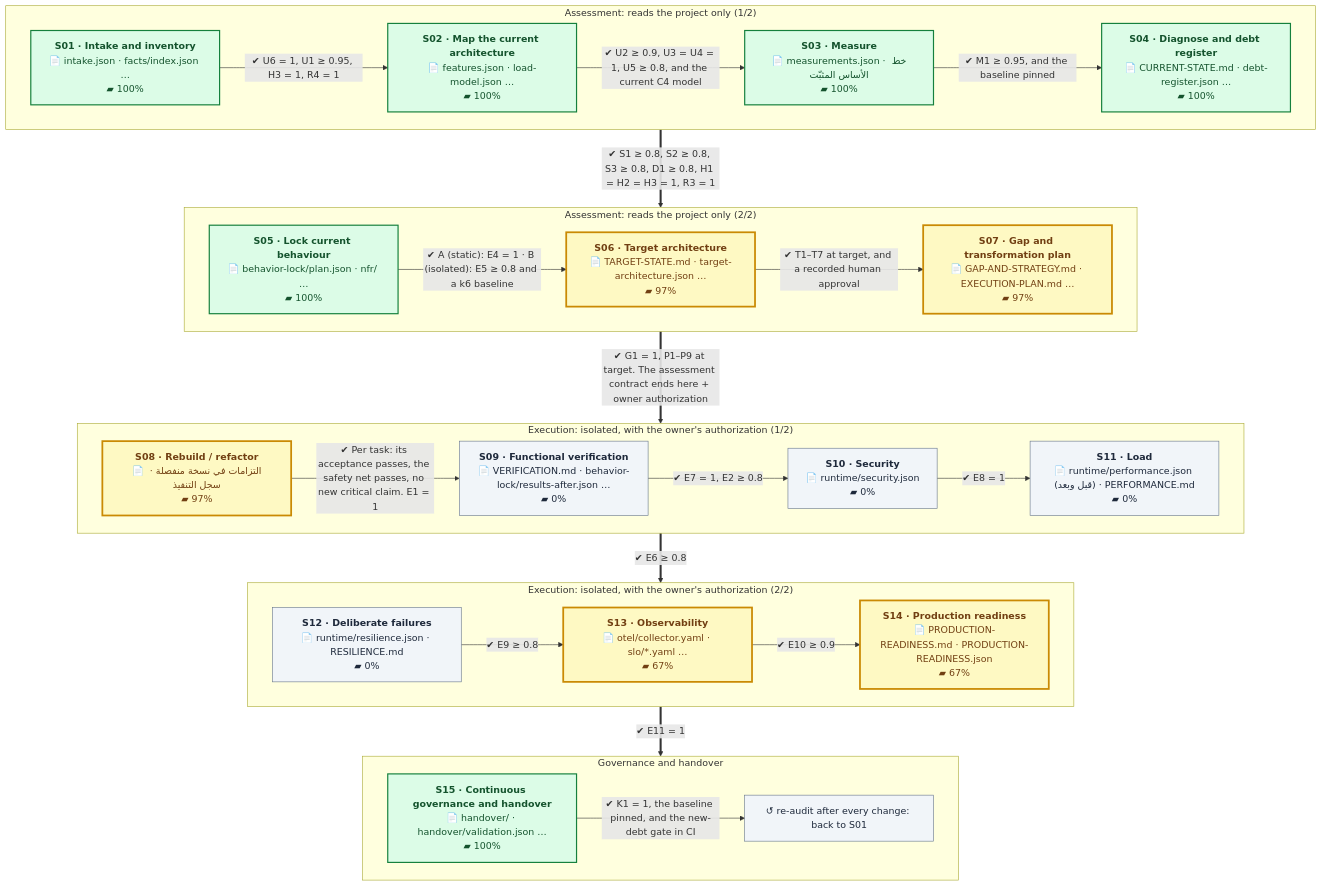
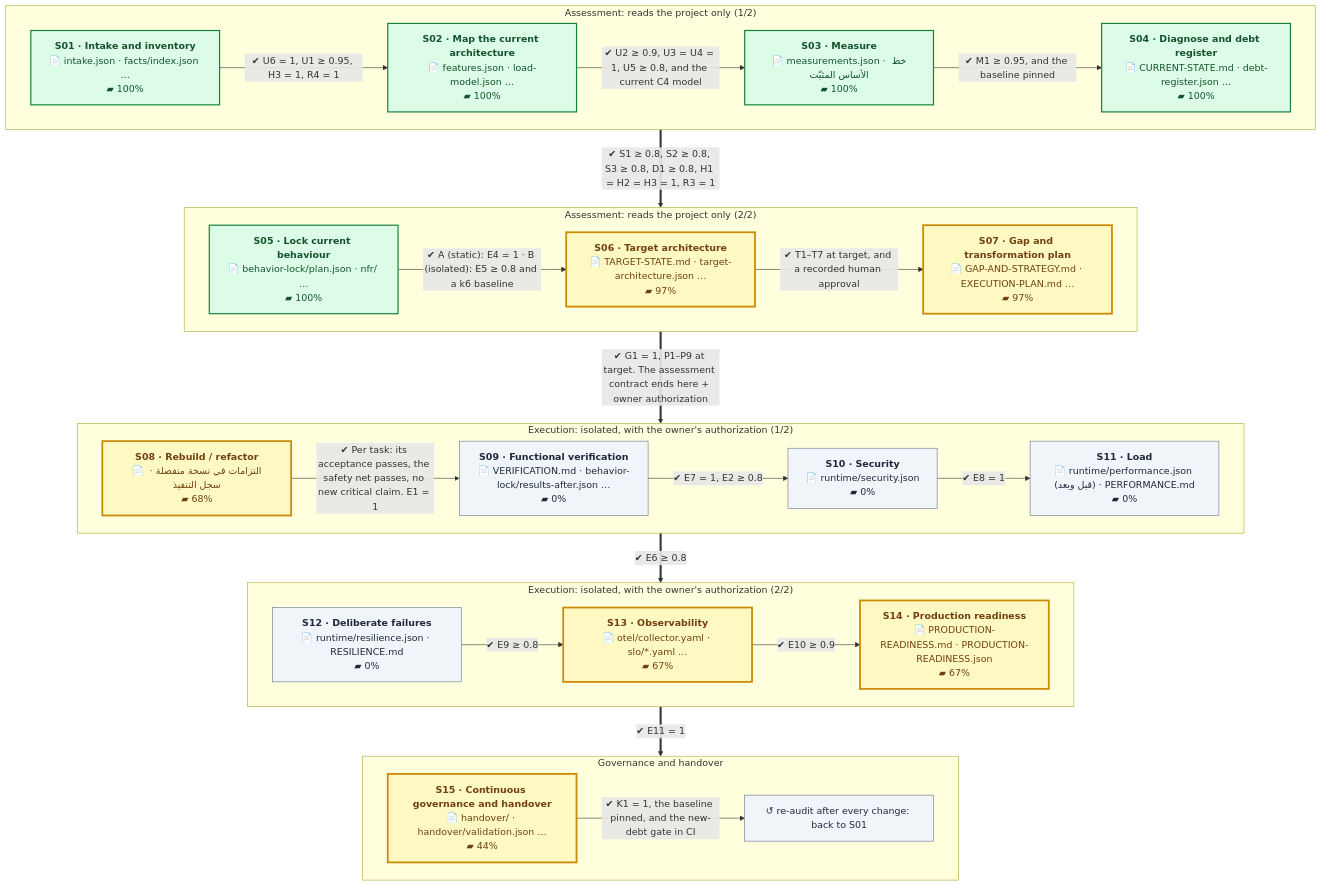
Before and after one commit to eom1417/engineering-audit-os: the first of 2 diagrams in README.en.md, drawn with Mermaid. The commit also changed other lines of this file and 23 other files, not shown here.

````diff
--- a/README.en.md
+++ b/README.en.md
@@ -52,54 +52,54 @@
 ```mermaid
 %%{init: {'flowchart': {'wrappingWidth': 260, 'nodeSpacing': 40, 'rankSpacing': 60}}}%%
 flowchart TB
     subgraph P1["Assessment: reads the project only (1/2)"]
         direction LR
         S01["<b>S01 · Intake and inventory</b><br/>📄 intake.json · facts/index.json …<br/>▰ 100%"]:::done
         S02["<b>S02 · Map the current architecture</b><br/>📄 features.json · load-model.json …<br/>▰ 100%"]:::done
         S03["<b>S03 · Measure</b><br/>📄 measurements.json · خط الأساس المثبّت<br/>▰ 100%"]:::done
         S04["<b>S04 · Diagnose and debt register</b><br/>📄 CURRENT-STATE.md · debt-register.json …<br/>▰ 100%"]:::done
         S01 -->|"✔ U6 = 1, U1 ≥ 0.95, H3 = 1, R4 = 1"| S02
         S02 -->|"✔ U2 ≥ 0.9, U3 = U4 = 1, U5 ≥ 0.8, and the current C4 model"| S03
         S03 -->|"✔ M1 ≥ 0.95, and the baseline pinned"| S04
     end
     subgraph P2["Assessment: reads the project only (2/2)"]
         direction LR
         S05["<b>S05 · Lock current behaviour</b><br/>📄 behavior-lock/plan.json · nfr/ …<br/>▰ 100%"]:::done
         S06["<b>S06 · Target architecture</b><br/>📄 TARGET-STATE.md · target-architecture.json …<br/>▰ 97%"]:::current
         S07["<b>S07 · Gap and transformation plan</b><br/>📄 GAP-AND-STRATEGY.md · EXECUTION-PLAN.md …<br/>▰ 97%"]:::current
         S05 -->|"✔ A (static): E4 = 1 · B (isolated): E5 ≥ 0.8 and a k6 baseline"| S06
         S06 -->|"✔ T1–T7 at target, and a recorded human approval"| S07
     end
     subgraph P3["Execution: isolated, with the owner's authorization (1/2)"]
         direction LR
-        S08["<b>S08 · Rebuild / refactor</b><br/>📄 التزامات في نسخة منفصلة · سجل التنفيذ<br/>▰ 97%"]:::current
+        S08["<b>S08 · Rebuild / refactor</b><br/>📄 التزامات في نسخة منفصلة · سجل التنفيذ<br/>▰ 68%"]:::current
         S09["<b>S09 · Functional verification</b><br/>📄 VERIFICATION.md · behavior-lock/results-after.json …<br/>▰ 0%"]:::next
         S10["<b>S10 · Security</b><br/>📄 runtime/security.json<br/>▰ 0%"]:::next
         S11["<b>S11 · Load</b><br/>📄 runtime/performance.json (قبل وبعد) · PERFORMANCE.md<br/>▰ 0%"]:::next
         S08 -->|"✔ Per task: its acceptance passes, the safety net passes, no new critical claim. E1 = 1"| S09
         S09 -->|"✔ E7 = 1, E2 ≥ 0.8"| S10
         S10 -->|"✔ E8 = 1"| S11
     end
     subgraph P4["Execution: isolated, with the owner's authorization (2/2)"]
         direction LR
         S12["<b>S12 · Deliberate failures</b><br/>📄 runtime/resilience.json · RESILIENCE.md<br/>▰ 0%"]:::next
         S13["<b>S13 · Observability</b><br/>📄 otel/collector.yaml · slo/*.yaml …<br/>▰ 67%"]:::current
         S14["<b>S14 · Production readiness</b><br/>📄 PRODUCTION-READINESS.md · PRODUCTION-READINESS.json<br/>▰ 67%"]:::current
         S12 -->|"✔ E9 ≥ 0.8"| S13
         S13 -->|"✔ E10 ≥ 0.9"| S14
     end
     subgraph P5["Governance and handover"]
         direction LR
-        S15["<b>S15 · Continuous governance and handover</b><br/>📄 handover/ · handover/validation.json …<br/>▰ 100%"]:::done
+        S15["<b>S15 · Continuous governance and handover</b><br/>📄 handover/ · handover/validation.json …<br/>▰ 44%"]:::current
         LOOP["↺ re-audit after every change: back to S01"]:::next
         S15 -->|"✔ K1 = 1, the baseline pinned, and the new-debt gate in CI"| LOOP
     end
     P1 ==>|"✔ S1 ≥ 0.8, S2 ≥ 0.8, S3 ≥ 0.8, D1 ≥ 0.8, H1 = H2 = H3 = 1, R3 = 1"| P2
     P2 ==>|"✔ G1 = 1, P1–P9 at target. The assessment contract ends here + owner authorization"| P3
     P3 ==>|"✔ E6 ≥ 0.8"| P4
     P4 ==>|"✔ E11 = 1"| P5
     classDef done fill:#dcfce7,stroke:#15803d,color:#14532d,stroke-width:2px
     classDef current fill:#fef9c3,stroke:#ca8a04,color:#713f12,stroke-width:3px
     classDef next fill:#f1f5f9,stroke:#64748b,color:#1e293b
     classDef owner fill:#fee2e2,stroke:#b91c1c,color:#7f1d1d,stroke-dasharray:5 3
 ```
````
